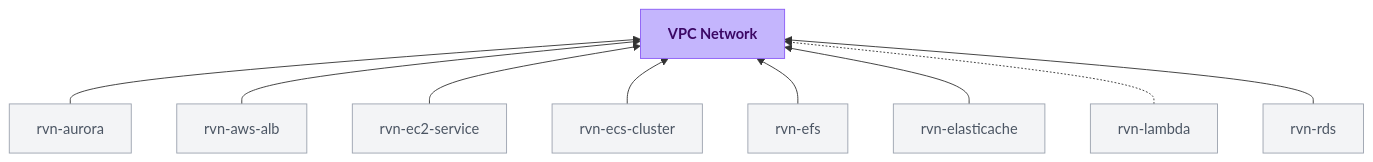
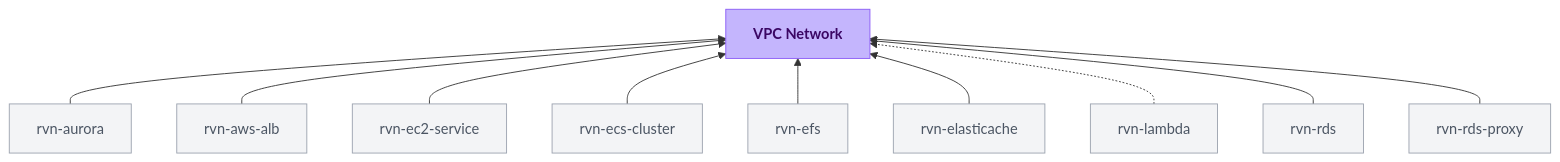
The diagram in module-definitions/catalog/rvn-aws-network.mdx (flightcontrolhq/docs), drawn with Mermaid before and after one commit. The commit also changed 5 other files, not shown here.

Commit message:
chore: sync module catalog docs

````diff
--- a/module-definitions/catalog/rvn-aws-network.mdx
+++ b/module-definitions/catalog/rvn-aws-network.mdx
@@ -16,28 +16,30 @@
 ```mermaid
 flowchart BT
   rvn_aurora["rvn-aurora"] --> rvn_aws_network["<strong>VPC Network</strong>"]
   rvn_aws_alb["rvn-aws-alb"] --> rvn_aws_network
   rvn_ec2_service["rvn-ec2-service"] --> rvn_aws_network
   rvn_ecs_cluster["rvn-ecs-cluster"] --> rvn_aws_network
   rvn_efs["rvn-efs"] --> rvn_aws_network
   rvn_elasticache["rvn-elasticache"] --> rvn_aws_network
   rvn_lambda["rvn-lambda"] -.-> rvn_aws_network
   rvn_rds["rvn-rds"] --> rvn_aws_network
+  rvn_rds_proxy["rvn-rds-proxy"] --> rvn_aws_network
 
   class rvn_aws_network current
-  class rvn_aurora,rvn_aws_alb,rvn_ec2_service,rvn_ecs_cluster,rvn_efs,rvn_elasticache,rvn_lambda,rvn_rds consumer
+  class rvn_aurora,rvn_aws_alb,rvn_ec2_service,rvn_ecs_cluster,rvn_efs,rvn_elasticache,rvn_lambda,rvn_rds,rvn_rds_proxy consumer
 
   classDef current fill:#C4B5FD,stroke:#8B5CF6,color:#3B0764
   classDef dependency fill:#FAF8FF,stroke:#DDD6FE,color:#6D28D9
   classDef consumer fill:#F3F4F6,stroke:#9CA3AF,color:#4B5563
   classDef upstream fill:#F8FAFC,stroke:#CBD5E1,color:#94A3B8
 
   click rvn_aurora "/module-definitions/catalog/rvn-aurora" "Open rvn-aurora docs"
   click rvn_aws_alb "/module-definitions/catalog/rvn-aws-alb" "Open rvn-aws-alb docs"
   click rvn_ec2_service "/module-definitions/catalog/rvn-ec2-service" "Open rvn-ec2-service docs"
   click rvn_ecs_cluster "/module-definitions/catalog/rvn-ecs-cluster" "Open rvn-ecs-cluster docs"
   click rvn_efs "/module-definitions/catalog/rvn-efs" "Open rvn-efs docs"
   click rvn_elasticache "/module-definitions/catalog/rvn-elasticache" "Open rvn-elasticache docs"
   click rvn_lambda "/module-definitions/catalog/rvn-lambda" "Open rvn-lambda docs"
   click rvn_rds "/module-definitions/catalog/rvn-rds" "Open rvn-rds docs"
+  click rvn_rds_proxy "/module-definitions/catalog/rvn-rds-proxy" "Open rvn-rds-proxy docs"
 ```
````
